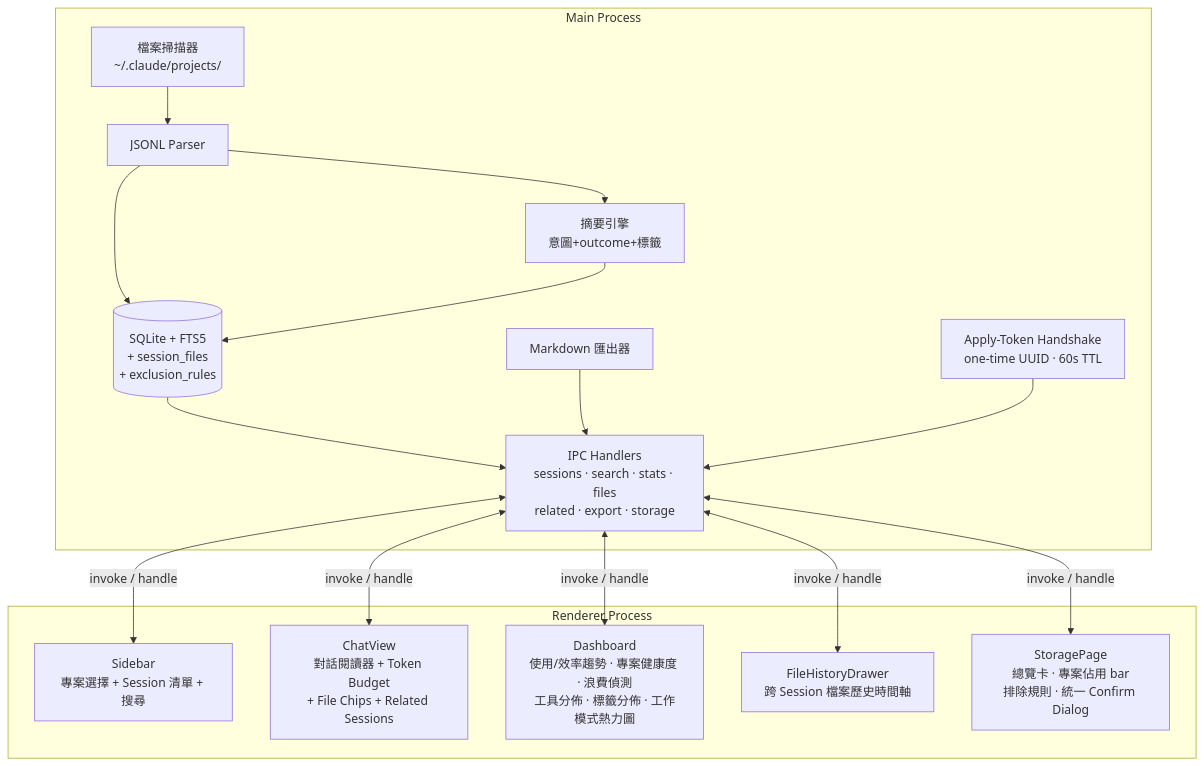
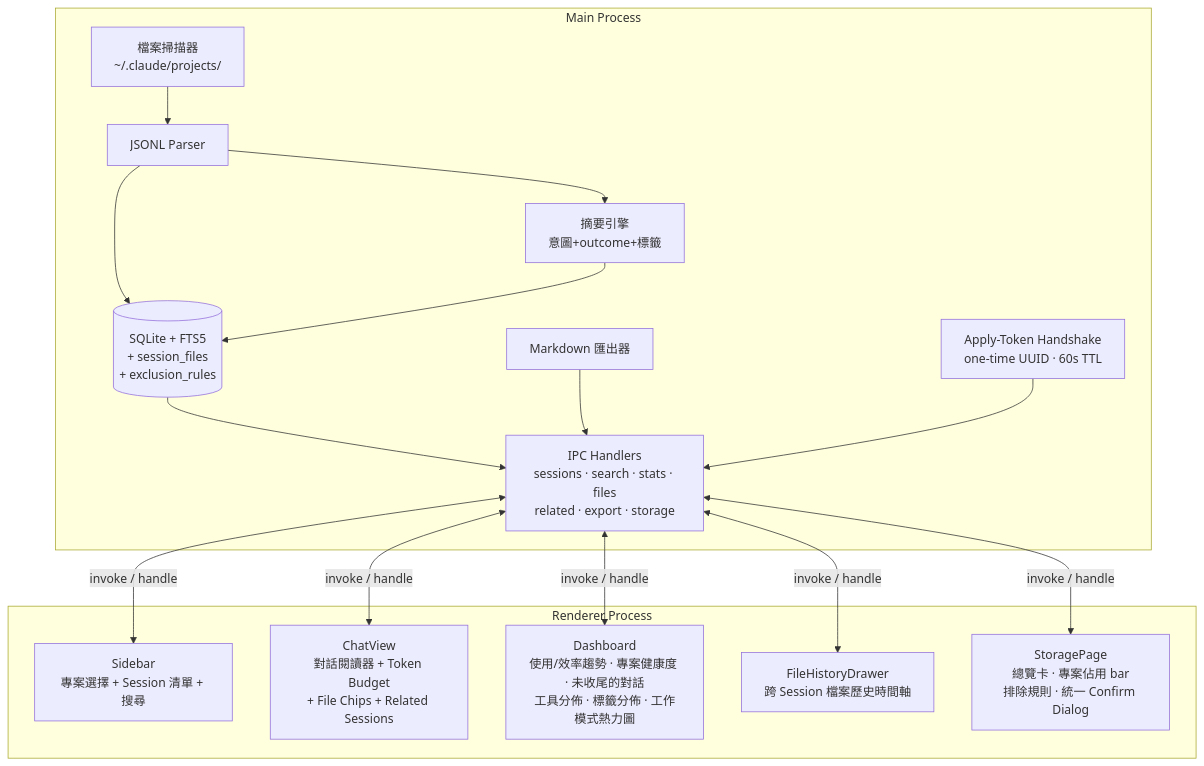
Before and after one commit to tznthou/ccRewind: the diagram in README.md, drawn with Mermaid. The commit also changed other lines of this file and 10 other files, not shown here.

````diff
--- a/README.md
+++ b/README.md
@@ -160,26 +160,26 @@
 ```mermaid
 graph TB
     subgraph Main Process
         FS[檔案掃描器<br>~/.claude/projects/] --> JP[JSONL Parser]
         JP --> SM[摘要引擎<br>意圖+outcome+標籤]
         JP --> DB[(SQLite + FTS5<br>+ session_files<br>+ exclusion_rules)]
         SM --> DB
         DB --> IPC[IPC Handlers<br>sessions · search · stats · files<br>related · export · storage]
         EX[Markdown 匯出器] --> IPC
         AT[Apply-Token Handshake<br>one-time UUID · 60s TTL] --> IPC
     end
 
     subgraph Renderer Process
         SB[Sidebar<br>專案選擇 + Session 清單 + 搜尋]
         CV[ChatView<br>對話閱讀器 + Token Budget<br>+ File Chips + Related Sessions]
-        DB_UI[Dashboard<br>使用/效率趨勢 · 專案健康度 · 浪費偵測<br>工具分佈 · 標籤分佈 · 工作模式熱力圖]
+        DB_UI[Dashboard<br>使用/效率趨勢 · 專案健康度 · 未收尾的對話<br>工具分佈 · 標籤分佈 · 工作模式熱力圖]
         FH[FileHistoryDrawer<br>跨 Session 檔案歷史時間軸]
         SP[StoragePage<br>總覽卡 · 專案佔用 bar<br>排除規則 · 統一 Confirm Dialog]
     end
 
     IPC <-->|invoke / handle| SB
     IPC <-->|invoke / handle| CV
     IPC <-->|invoke / handle| DB_UI
     IPC <-->|invoke / handle| FH
     IPC <-->|invoke / handle| SP
 ```
````
